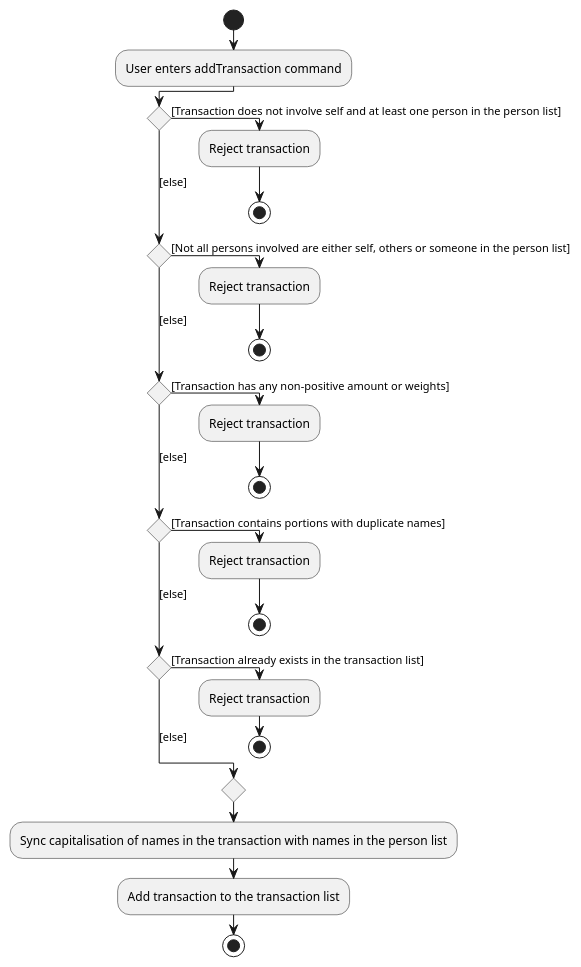
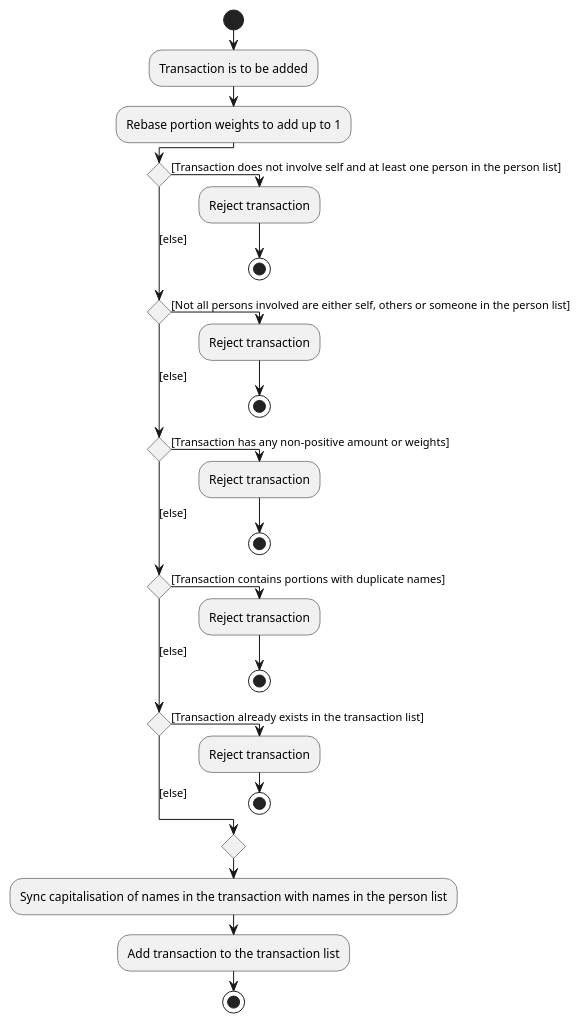
The diagram in docs/diagrams/TransactionListActivityDiagram.puml (wui-hong/tp), drawn with PlantUML before and after one commit. The commit also changed 10 other files, not shown here.

```diff
--- a/docs/diagrams/TransactionListActivityDiagram.puml
+++ b/docs/diagrams/TransactionListActivityDiagram.puml
@@ -1,25 +1,26 @@
 @startuml
 !pragma useVerticalIf on
 start
-:User enters addTransaction command;
+:Transaction is to be added;
+:Rebase portion weights to add up to 1;
 if () then ([Transaction does not involve self and at least one person in the person list])
   :Reject transaction;
   stop
 ([else]) elseif () then ([Not all persons involved are either self, others or someone in the person list])
   :Reject transaction;
   stop
 ([else]) elseif () then ([Transaction has any non-positive amount or weights])
   :Reject transaction;
   stop
 ([else]) elseif () then ([Transaction contains portions with duplicate names])
   :Reject transaction;
   stop
 ([else]) elseif () then ([Transaction already exists in the transaction list])
   :Reject transaction;
   stop
 else ([else])
 endif
 :Sync capitalisation of names in the transaction with names in the person list;
 :Add transaction to the transaction list;
 stop
 @enduml
```
